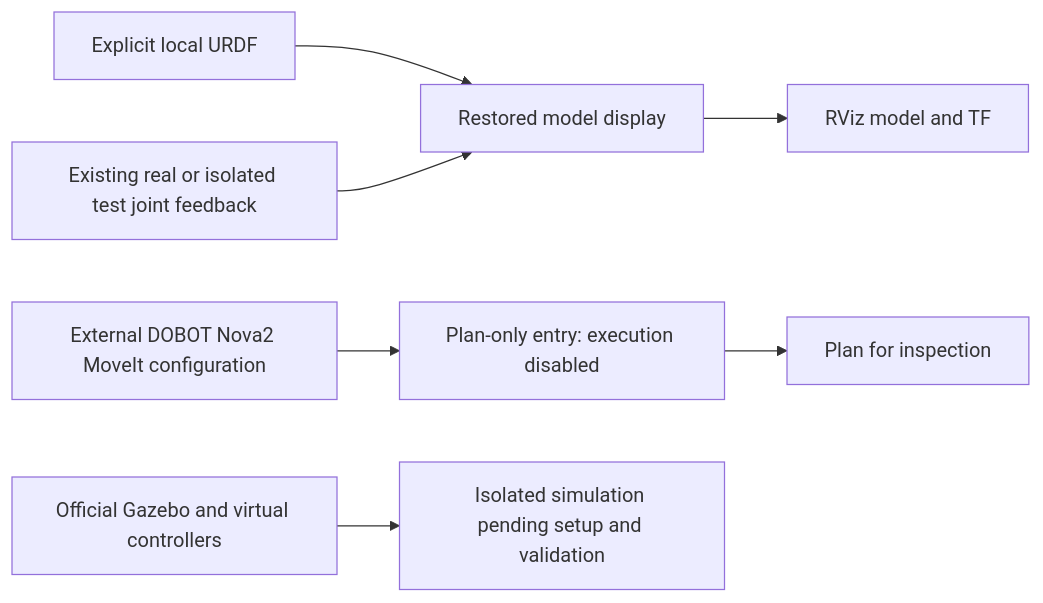
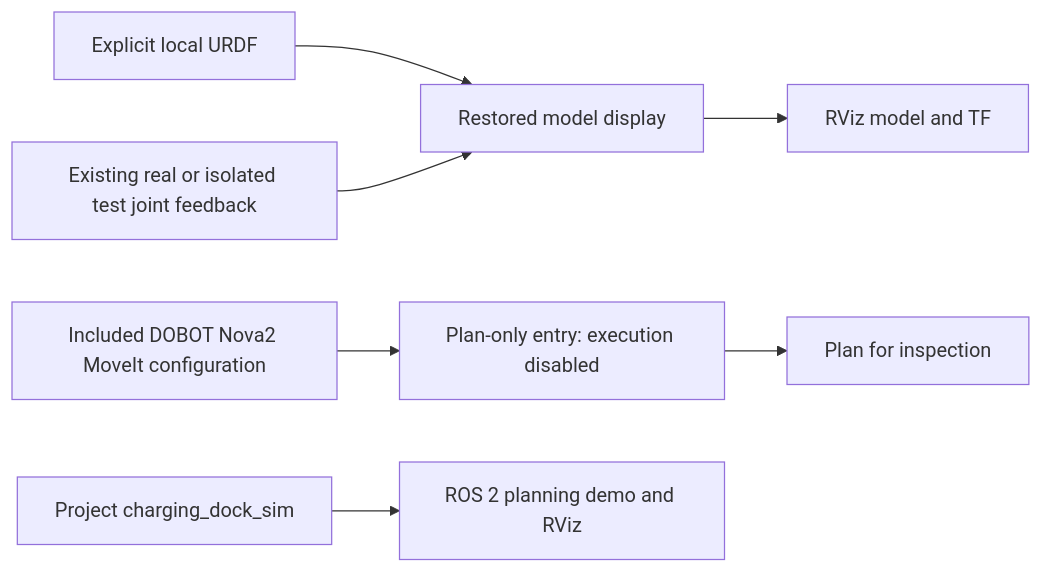
The fifth of 5 diagrams in README.en.md (Pvpproof/autonomous-charging-robot), drawn with Mermaid before and after one commit. The commit also changed other lines of this file and 3 other files, not shown here.

````diff
--- a/README.en.md
+++ b/README.en.md
@@ -144,9 +144,9 @@
 ```mermaid
 flowchart LR
   U[Explicit local URDF] --> M[Restored model display]
   J[Existing real or isolated test joint feedback] --> M
   M --> V[RViz model and TF]
-  D[External DOBOT Nova2 MoveIt configuration] --> P[Plan-only entry: execution disabled]
+  D[Included DOBOT Nova2 MoveIt configuration] --> P[Plan-only entry: execution disabled]
   P --> R[Plan for inspection]
-  G[Official Gazebo and virtual controllers] --> S[Isolated simulation pending setup and validation]
+  G[Project charging_dock_sim] --> S[ROS 2 planning demo and RViz]
 ```
````
